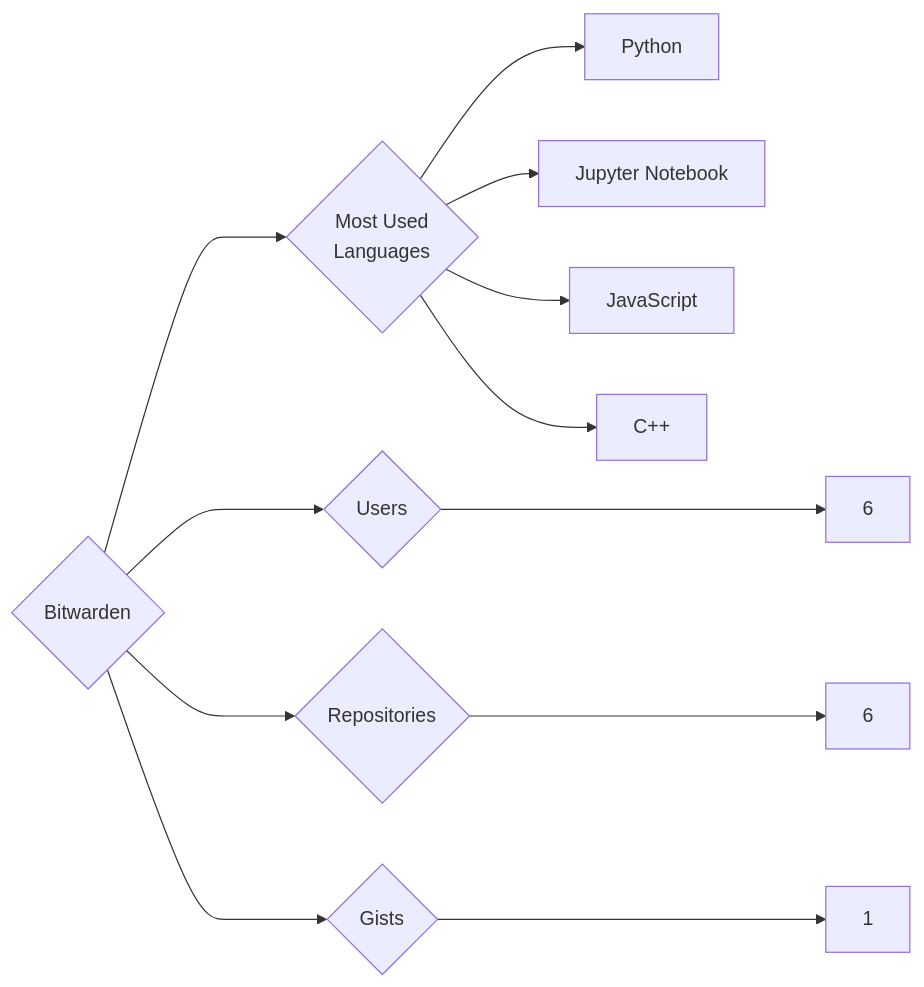
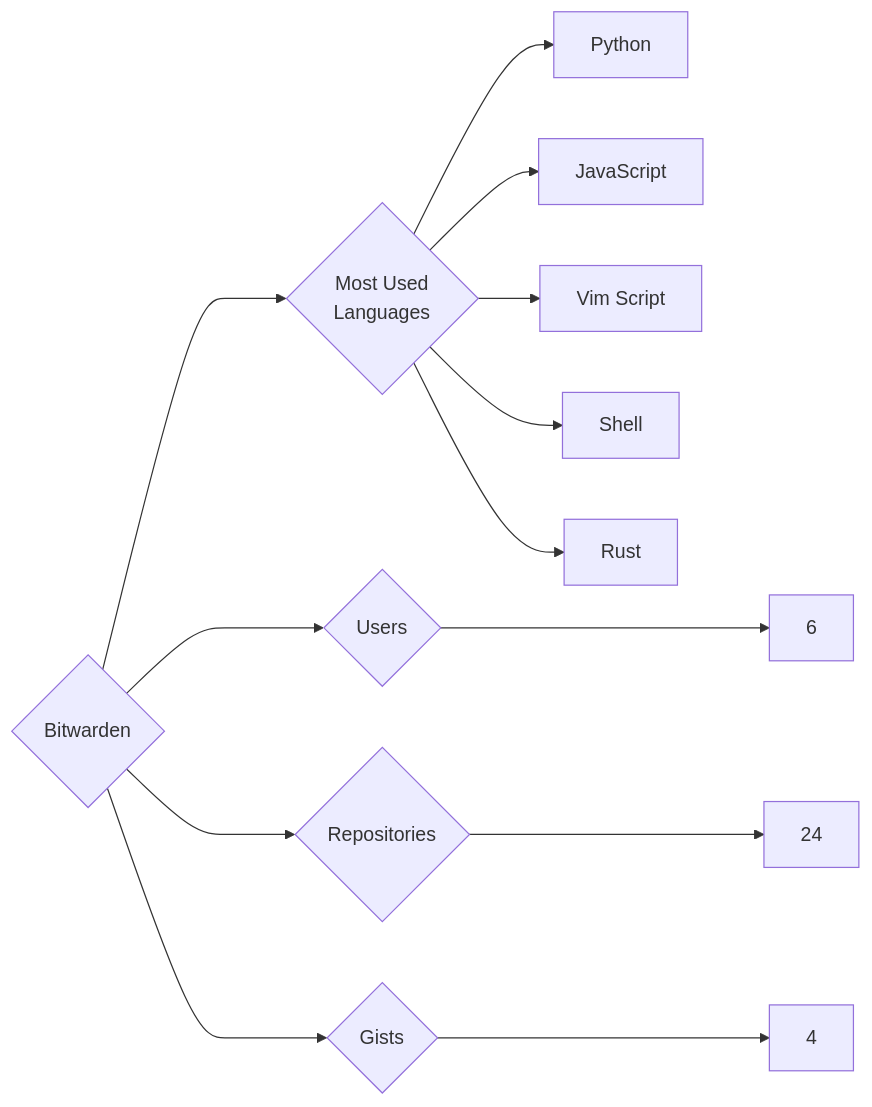
Before and after one commit to trickest/insiders: the diagram in targets/Bitwarden/README.md, drawn with Mermaid. The commit also changed 1003 other files, not shown here.

````diff
--- a/targets/Bitwarden/README.md
+++ b/targets/Bitwarden/README.md
@@ -3,12 +3,13 @@
 ```mermaid
 graph LR
 COMPANY_NAME{Bitwarden}
 COMPANY_NAME ---> U{Users} ---> UN[6]
-COMPANY_NAME ---> R{Repositories} ---> RN[6]
-COMPANY_NAME ---> G{Gists} ---> GN[1]
+COMPANY_NAME ---> R{Repositories} ---> RN[24]
+COMPANY_NAME ---> G{Gists} ---> GN[4]
 COMPANY_NAME ---> ML{Most Used<br>Languages}
 ML --> Python[Python]
-ML --> Jupyter_Notebook[Jupyter Notebook]
 ML --> JavaScript[JavaScript]
-ML --> C++[C++]
+ML --> Vim_Script[Vim Script]
+ML --> Shell[Shell]
+ML --> Rust[Rust]
 ```
````
